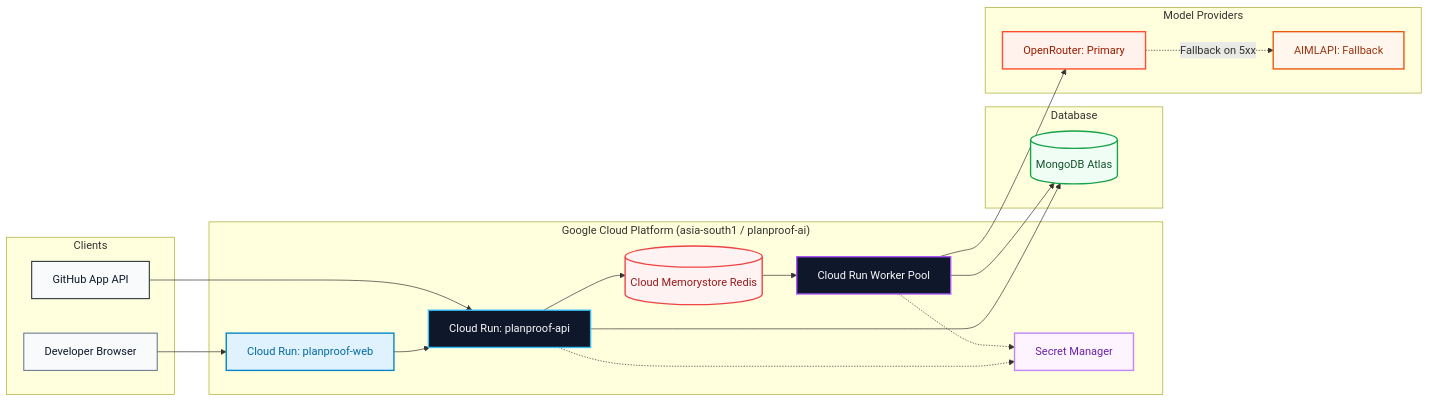
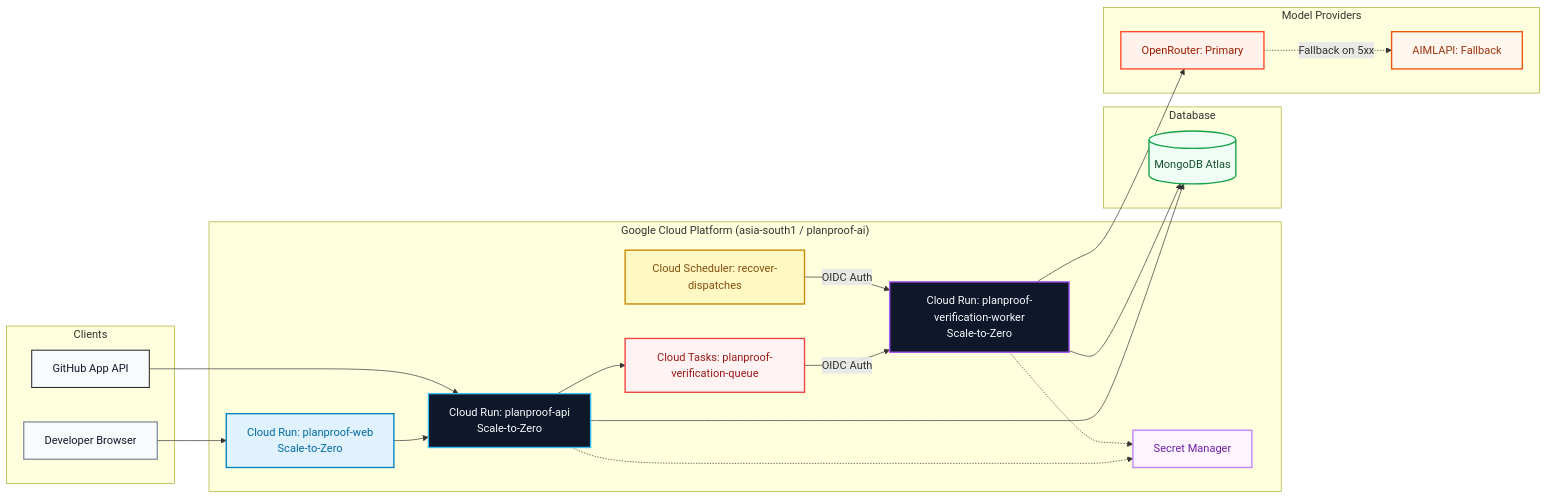
The third of 4 diagrams in README.md (NikhilRaikwar/PlanProof), drawn with Mermaid before and after one commit. The commit also changed other lines of this file and 6 other files, not shown here.

First line of the commit message:
docs(infra): document zero-idle GCP production architecture and Redis decommission

````diff
--- a/README.md
+++ b/README.md
@@ -285,49 +285,52 @@
 ```mermaid
 flowchart LR
   subgraph Clients["Clients"]
     User[Developer Browser]
     GitHub[GitHub App API]
   end
 
   subgraph GCP["Google Cloud Platform (asia-south1 / planproof-ai)"]
-    Web[Cloud Run: planproof-web]
-    API[Cloud Run: planproof-api]
-    Worker[Cloud Run Worker Pool]
-    Redis[(Cloud Memorystore Redis)]
+    Web[Cloud Run: planproof-web<br/>Scale-to-Zero]
+    API[Cloud Run: planproof-api<br/>Scale-to-Zero]
+    Tasks[Cloud Tasks: planproof-verification-queue]
+    Worker[Cloud Run: planproof-verification-worker<br/>Scale-to-Zero]
+    Scheduler[Cloud Scheduler: recover-dispatches]
     Secrets[Secret Manager]
   end
 
   subgraph Database["Database"]
     Atlas[(MongoDB Atlas)]
   end
 
   subgraph ModelProviders["Model Providers"]
     OpenRouter[OpenRouter: Primary]
     AIMLAPI[AIMLAPI: Fallback]
   end
 
   User --> Web
   Web --> API
   GitHub --> API
   
   API --> Atlas
-  API --> Redis
+  API --> Tasks
   API -.-> Secrets
 
-  Redis --> Worker
+  Tasks -- OIDC Auth --> Worker
+  Scheduler -- OIDC Auth --> Worker
   Worker --> Atlas
   Worker -.-> Secrets
   Worker --> OpenRouter
   OpenRouter -.->|Fallback on 5xx| AIMLAPI
 
   style Web fill:#e0f2fe,stroke:#0284c7,stroke-width:2px,color:#0369a1
   style API fill:#0f172a,stroke:#38bdf8,stroke-width:2px,color:#f8fafc
   style Worker fill:#0f172a,stroke:#a855f7,stroke-width:2px,color:#f8fafc
-  style Redis fill:#fef2f2,stroke:#ef4444,stroke-width:2px,color:#991b1b
+  style Tasks fill:#fef2f2,stroke:#ef4444,stroke-width:2px,color:#991b1b
+  style Scheduler fill:#fef9c3,stroke:#ca8a04,stroke-width:2px,color:#854d0e
   style Secrets fill:#fdf4ff,stroke:#c084fc,stroke-width:2px,color:#6b21a8
   style Atlas fill:#f0fdf4,stroke:#16a34a,stroke-width:2px,color:#14532d
   style OpenRouter fill:#fff1eb,stroke:#ff4d2e,stroke-width:2px,color:#9a1c00
   style AIMLAPI fill:#fff7ed,stroke:#ea580c,stroke-width:2px,color:#9a3412
   style User fill:#f8fafc,stroke:#64748b,stroke-width:1.5px,color:#0f172a
   style GitHub fill:#f8fafc,stroke:#24292f,stroke-width:1.5px,color:#0f172a
 ```
````
